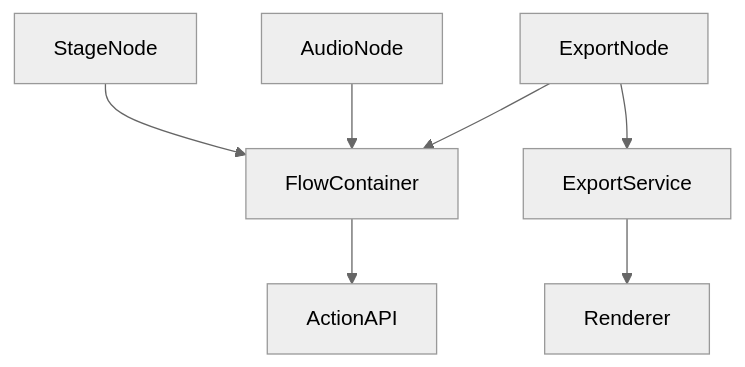
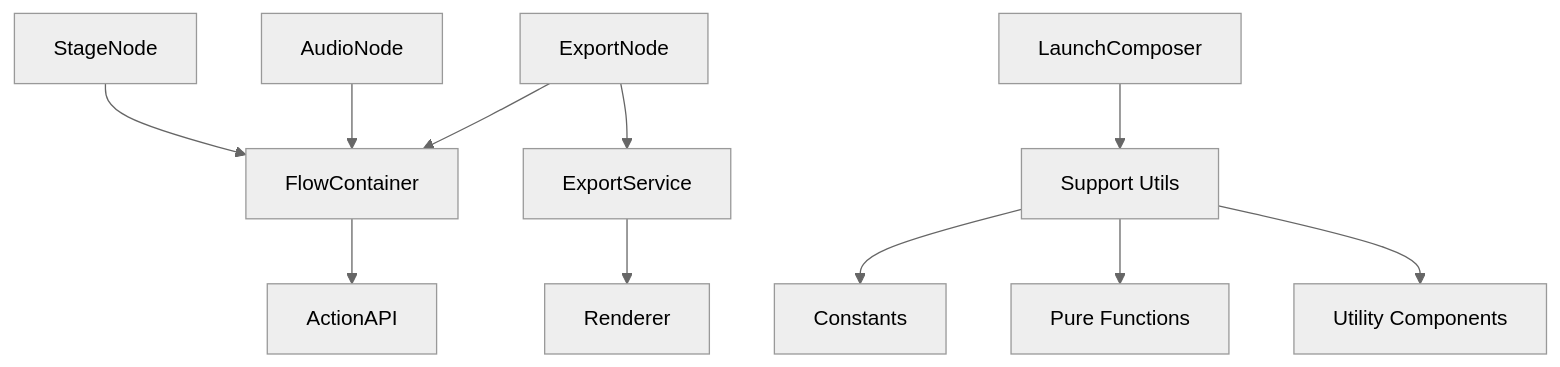
The eighth of 8 diagrams in .qoder/repowiki/zh/content/前端架构/组件系统/业务组件.md (scottcwy/PurpleInk), drawn with Mermaid (neutral theme) before and after one commit. The commit also changed other lines of this file and 109 other files, not shown here.

````diff
--- a/.qoder/repowiki/zh/content/前端架构/组件系统/业务组件.md
+++ b/.qoder/repowiki/zh/content/前端架构/组件系统/业务组件.md
@@ -396,9 +476,13 @@
 ```mermaid
 graph TB
 Stage["StageNode"] --> Flow["FlowContainer"]
 Audio["AudioNode"] --> Flow
 ExportN["ExportNode"] --> Flow
 Flow --> API["ActionAPI"]
 ExportN --> ExportS["ExportService"]
 ExportS --> Render["Renderer"]
+LaunchComposer["LaunchComposer"] --> Support["Support Utils"]
+Support --> Constants["Constants"]
+Support --> Functions["Pure Functions"]
+Support --> Utilities["Utility Components"]
 ```
````
